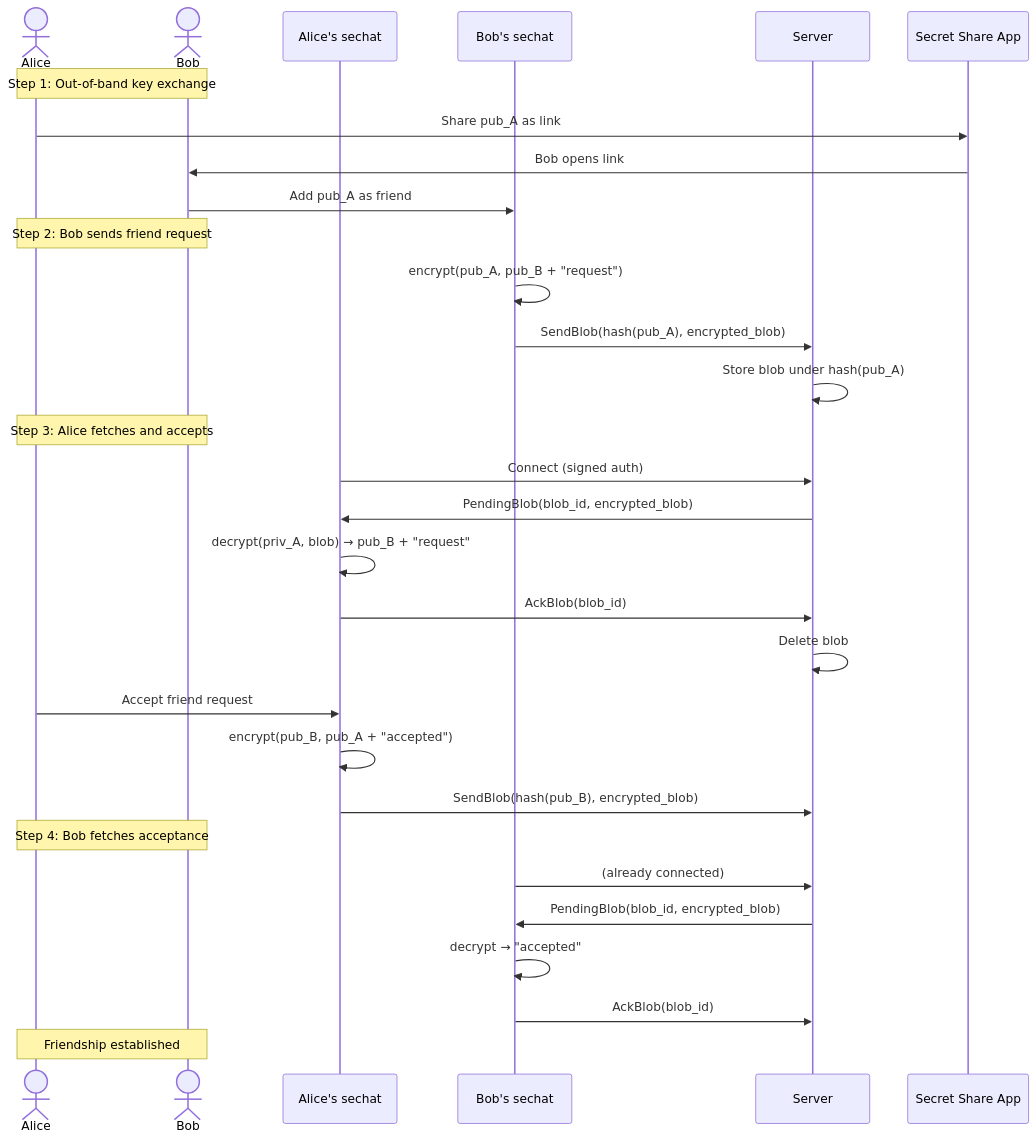
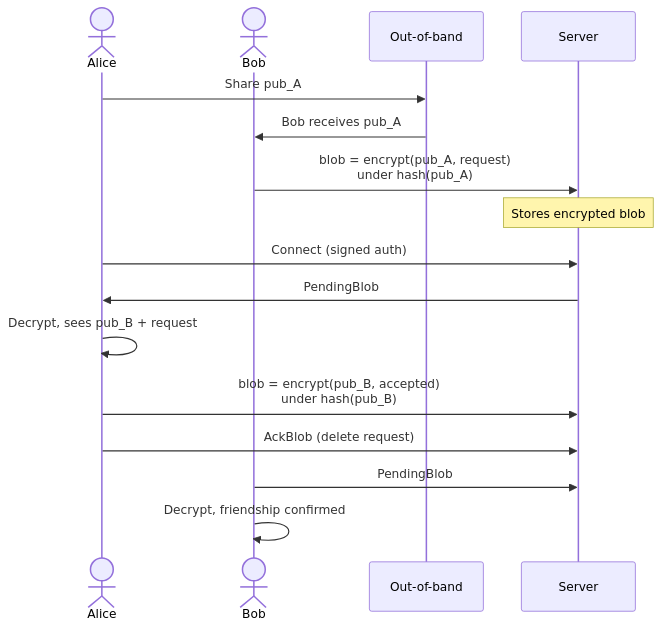
One commit to dhmztr/sechat-client changed the sixth of 9 diagrams in C4.md. Above: the diagram before and after it, drawn with Mermaid. The commit also changed other lines of this file and 2 other files, not shown here.

Commit message:
Fix C4 charts, add licence

````diff
--- a/C4.md
+++ b/C4.md
@@ -165,36 +178,23 @@
 ```mermaid
 sequenceDiagram
     actor Alice
     actor Bob
-    participant AliceApp as Alice's sechat
-    participant BobApp as Bob's sechat
+    participant OOB as Out-of-band
     participant Server
-    participant SecretShare as Secret Share App
 
-    Note over Alice,Bob: Step 1: Out-of-band key exchange
-    Alice->>SecretShare: Share pub_A as link
-    SecretShare->>Bob: Bob opens link
-    Bob->>BobApp: Add pub_A as friend
+    Alice->>OOB: Share pub_A
+    OOB->>Bob: Bob receives pub_A
 
-    Note over Alice,Bob: Step 2: Bob sends friend request
-    BobApp->>BobApp: encrypt(pub_A, pub_B + "request")
-    BobApp->>Server: SendBlob(hash(pub_A), encrypted_blob)
-    Server->>Server: Store blob under hash(pub_A)
+    Bob->>Server: blob = encrypt(pub_A, request)<br/>under hash(pub_A)
+    Note over Server: Stores encrypted blob
 
-    Note over Alice,Bob: Step 3: Alice fetches and accepts
-    AliceApp->>Server: Connect (signed auth)
-    Server->>AliceApp: PendingBlob(blob_id, encrypted_blob)
-    AliceApp->>AliceApp: decrypt(priv_A, blob) → pub_B + "request"
-    AliceApp->>Server: AckBlob(blob_id)
-    Server->>Server: Delete blob
-    Alice->>AliceApp: Accept friend request
-    AliceApp->>AliceApp: encrypt(pub_B, pub_A + "accepted")
-    AliceApp->>Server: SendBlob(hash(pub_B), encrypted_blob)
+    Alice->>Server: Connect (signed auth)
+    Server->>Alice: PendingBlob
+    Alice->>Alice: Decrypt, sees pub_B + request
 
-    Note over Alice,Bob: Step 4: Bob fetches acceptance
-    BobApp->>Server: (already connected)
-    Server->>BobApp: PendingBlob(blob_id, encrypted_blob)
-    BobApp->>BobApp: decrypt → "accepted"
-    BobApp->>Server: AckBlob(blob_id)
-    Note over Alice,Bob: Friendship established
+    Alice->>Server: blob = encrypt(pub_B, accepted)<br/>under hash(pub_B)
+    Alice->>Server: AckBlob (delete request)
+
+    Bob->>Server: PendingBlob
+    Bob->>Bob: Decrypt, friendship confirmed
 ```
````
